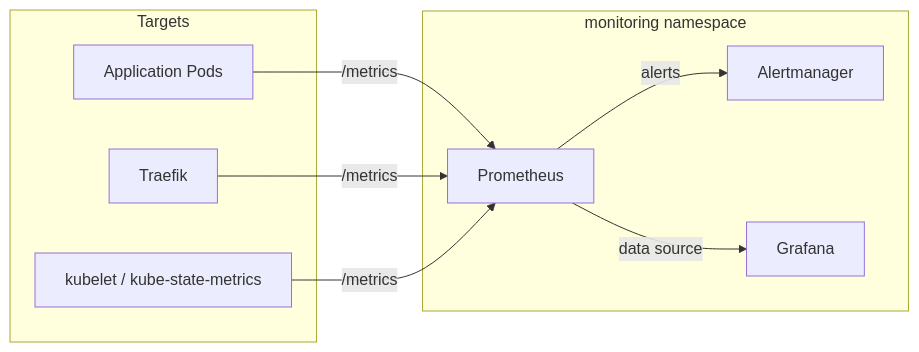
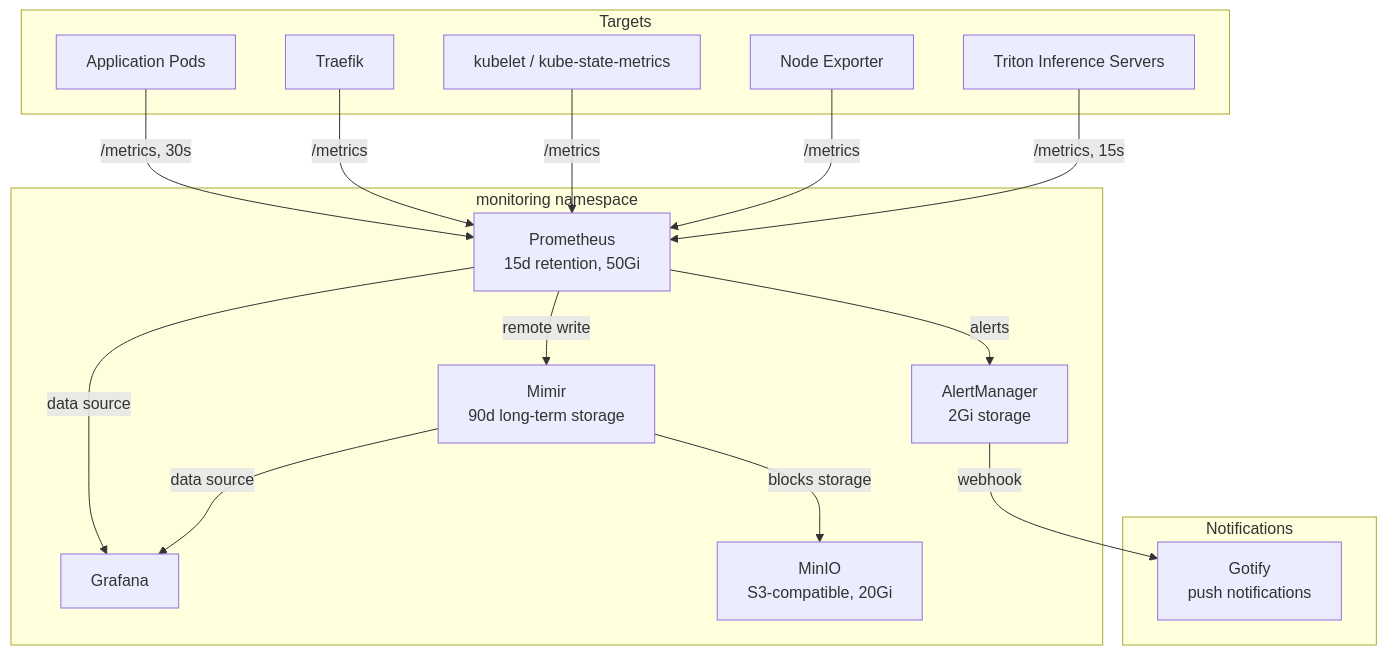
The diagram in docs-site/docs/monitoring/prometheus.md (maxjeffwell/portfolio-gatsby), drawn with Mermaid before and after one commit. The commit also changed other lines of this file and 4 other files, not shown here.

````diff
--- a/docs-site/docs/monitoring/prometheus.md
+++ b/docs-site/docs/monitoring/prometheus.md
@@ -12,20 +12,34 @@
 ```mermaid
-graph LR
+graph TB
     subgraph Targets
         APP[Application Pods]
         TK[Traefik]
         KUB[kubelet / kube-state-metrics]
+        NE[Node Exporter]
+        TRI[Triton Inference Servers]
     end
 
     subgraph monitoring namespace
-        PM[Prometheus]
-        AM[Alertmanager]
+        PM[Prometheus<br/>15d retention, 50Gi]
+        AM[AlertManager<br/>2Gi storage]
         GF[Grafana]
+        MIM[Mimir<br/>90d long-term storage]
+        MINIO[MinIO<br/>S3-compatible, 20Gi]
     end
 
-    APP -->|/metrics| PM
+    subgraph Notifications
+        GOT[Gotify<br/>push notifications]
+    end
+
+    APP -->|/metrics, 30s| PM
     TK -->|/metrics| PM
     KUB -->|/metrics| PM
+    NE -->|/metrics| PM
+    TRI -->|/metrics, 15s| PM
+    PM -->|remote write| MIM
+    MIM -->|blocks storage| MINIO
     PM -->|alerts| AM
+    AM -->|webhook| GOT
     PM -->|data source| GF
+    MIM -->|data source| GF
 ```
````
